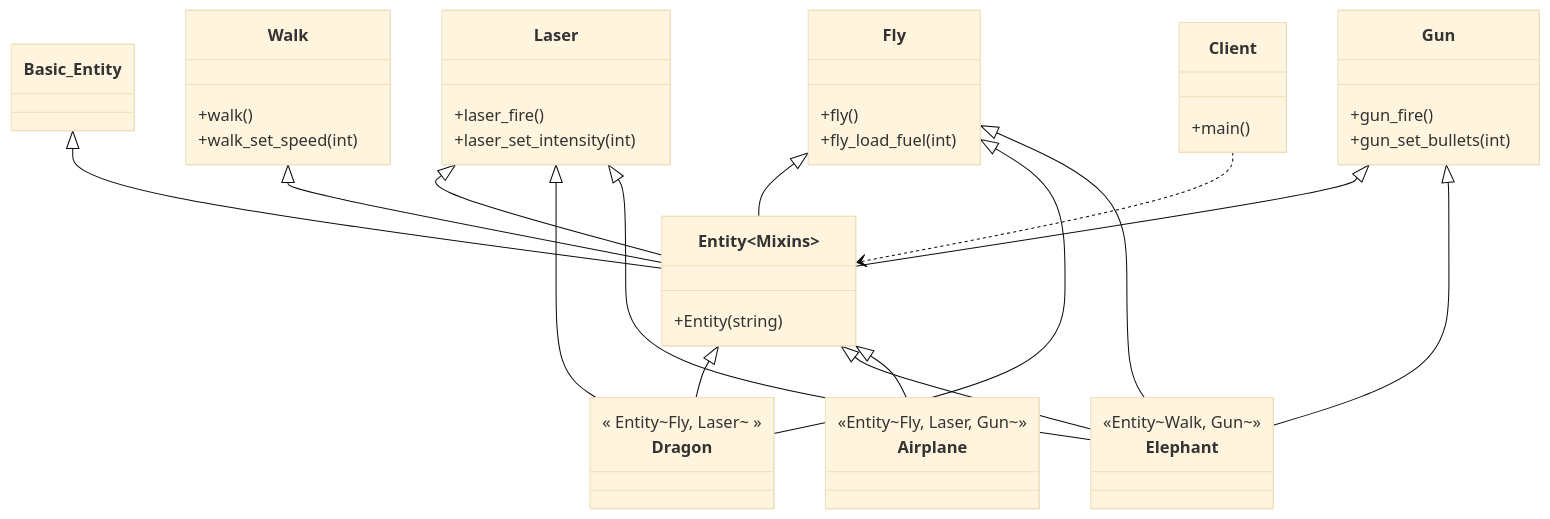
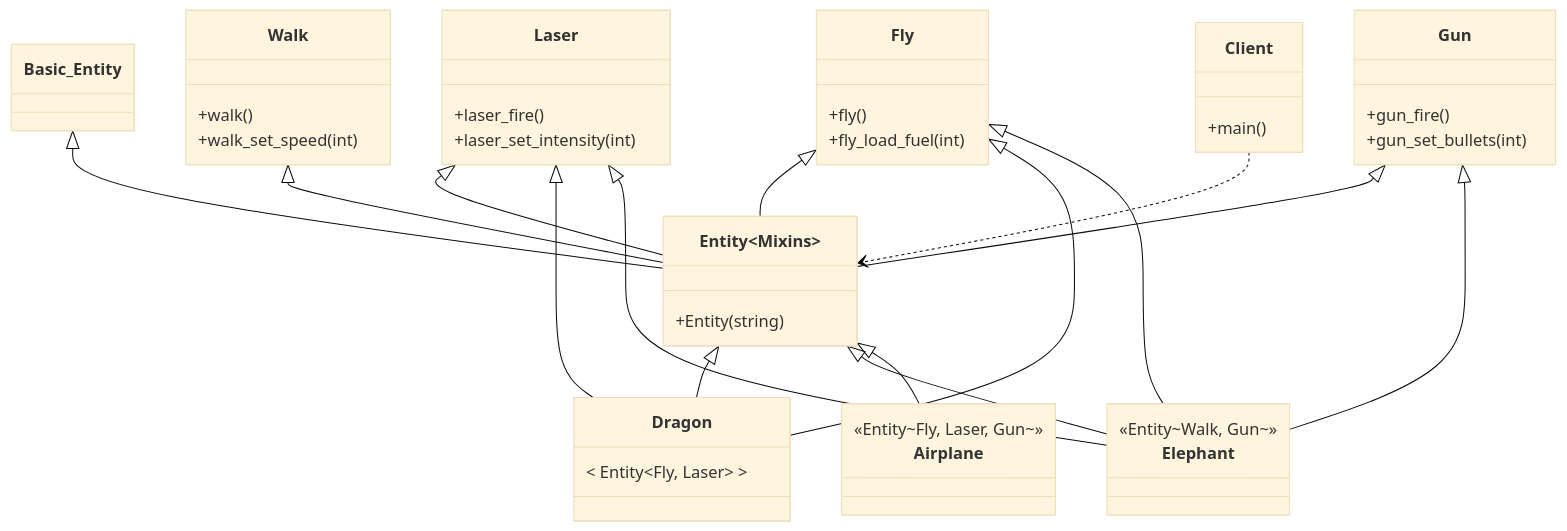
Before and after one commit to Cichlidfishexigency721/Modern-CPP-Design-Patterns: the diagram in 15_Mixin/01_Simple/diagram.md, drawn with Mermaid (base theme).

Commit message:
UML improvement

````diff
--- a/15_Mixin/01_Simple/diagram.md
+++ b/15_Mixin/01_Simple/diagram.md
@@ -3,60 +3,60 @@
 ```mermaid
 classDiagram
 %%---------------------------------------------------------------------- Main:
    class Client {
       +main()
    }
 
 %%---------------------------------------------------- Features (Mixin Parts):
    class Laser {
       +laser_fire()
       +laser_set_intensity(int)
    }
 
    class Walk {
       +walk()
       +walk_set_speed(int)
    }
 
    class Gun {
       +gun_fire()
       +gun_set_bullets(int)
    }
 
    class Fly {
       +fly()
       +fly_load_fuel(int)
    }
 
 %%--------------------------------------------------------------------- Entity:
    class Entity~Mixins~ {
       +Entity(string)
    }
 
 %%------------------------------------------------------------ Mixin Entities:
    %% Mixin entities defined by type aliases in the code
-   class Dragon { << Entity~Fly, Laser~ >> }
+   class Dragon { < Entity~Fly, Laser~ > }
    class Elephant { <<Entity~Walk, Gun~>> }
    class Airplane { <<Entity~Fly, Laser, Gun~>> }
 
    %% Multiple Inheritance (Horizontal Composition)
    %% Inheritance arrows do not use multiplicity numbers
    Basic_Entity <|-- Entity~Mixins~
    Laser <|-- Entity~Mixins~
    Walk <|-- Entity~Mixins~
    Gun <|-- Entity~Mixins~
    Fly <|-- Entity~Mixins~
 
    %% Relationships for specific types
    Entity~Mixins~ <|-- Dragon
    Fly <|-- Dragon
    Laser <|-- Dragon
    Entity~Mixins~ <|-- Elephant
    Fly <|-- Elephant
    Laser <|-- Elephant
    Gun <|-- Elephant
    Entity~Mixins~ <|-- Airplane
 
    %% Dependency - No numbers
    Client ..> Entity~Mixins~
 ```
````
